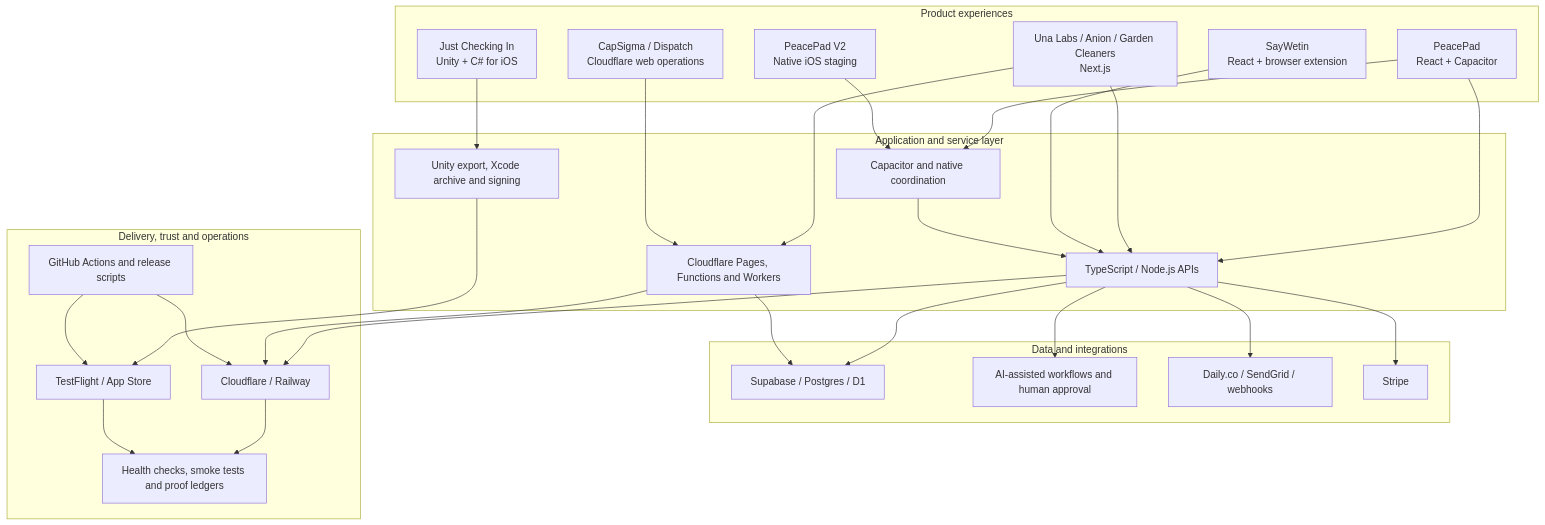
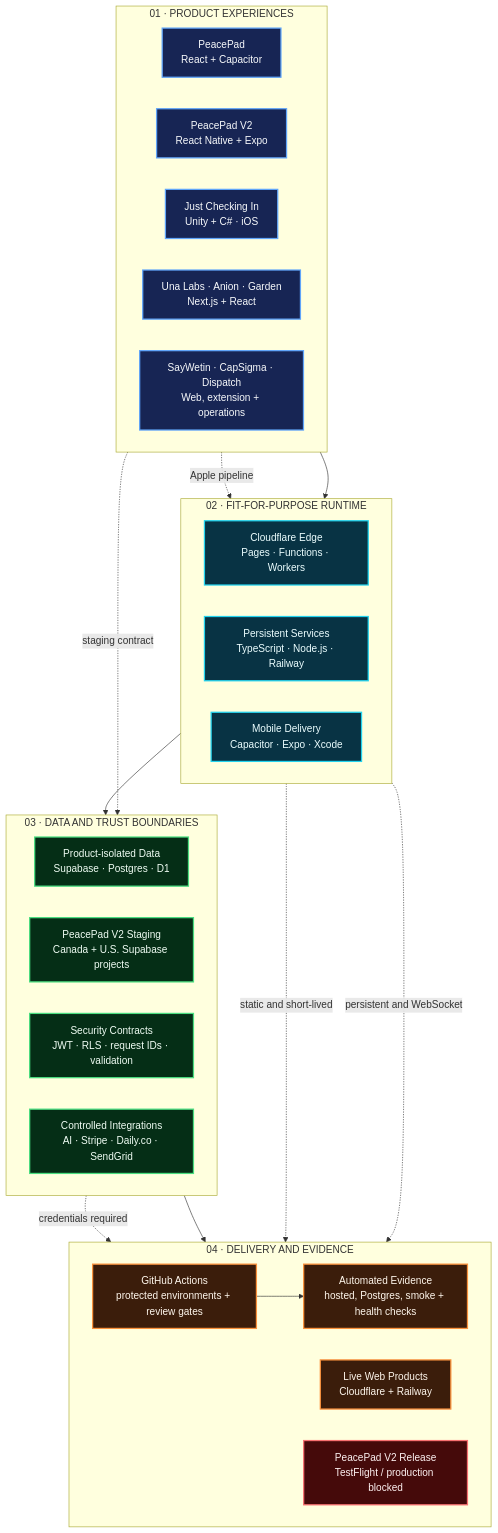
One commit to fefejiro/fefejiro changed the diagram in README.md. Above: the diagram before and after it, drawn with Mermaid. The commit also changed other lines of this file, not shown here.

Commit message:
refine FTC architecture and tech stack (#2)

````diff
--- a/README.md
+++ b/README.md
@@ -63,56 +63,57 @@
 ```mermaid
 flowchart TB
-    subgraph Experiences["Product experiences"]
-        PP["PeacePad<br/>React + Capacitor"]
-        PP2["PeacePad V2<br/>Native iOS staging"]
-        JCI["Just Checking In<br/>Unity + C# for iOS"]
-        UL["Una Labs / Anion / Garden Cleaners<br/>Next.js"]
-        SW["SayWetin<br/>React + browser extension"]
-        CS["CapSigma / Dispatch<br/>Cloudflare web operations"]
+    subgraph EXPERIENCE["01 · PRODUCT EXPERIENCES"]
+        direction LR
+        FAMILY["PeacePad<br/>React + Capacitor"]
+        NATIVE["PeacePad V2<br/>React Native + Expo"]
+        GAME["Just Checking In<br/>Unity + C# · iOS"]
+        WEB["Una Labs · Anion · Garden<br/>Next.js + React"]
+        OPS["SayWetin · CapSigma · Dispatch<br/>Web, extension + operations"]
     end
 
-    subgraph Services["Application and service layer"]
-        NODE["TypeScript / Node.js APIs"]
-        EDGE["Cloudflare Pages, Functions and Workers"]
-        MOBILE["Capacitor and native coordination"]
-        APPLE["Unity export, Xcode archive and signing"]
+    subgraph RUNTIME["02 · FIT-FOR-PURPOSE RUNTIME"]
+        direction LR
+        EDGE["Cloudflare Edge<br/>Pages · Functions · Workers"]
+        API["Persistent Services<br/>TypeScript · Node.js · Railway"]
+        MOBILE["Mobile Delivery<br/>Capacitor · Expo · Xcode"]
     end
 
-    subgraph Platform["Data and integrations"]
-        DATA["Supabase / Postgres / D1"]
-        AI["AI-assisted workflows and human approval"]
-        COMMS["Daily.co / SendGrid / webhooks"]
-        PAY["Stripe"]
+    subgraph TRUST["03 · DATA AND TRUST BOUNDARIES"]
+        direction LR
+        DATA["Product-isolated Data<br/>Supabase · Postgres · D1"]
+        REGIONS["PeacePad V2 Staging<br/>Canada + U.S. Supabase projects"]
+        SECURITY["Security Contracts<br/>JWT · RLS · request IDs · validation"]
+        SERVICES["Controlled Integrations<br/>AI · Stripe · Daily.co · SendGrid"]
     end
 
-    subgraph Delivery["Delivery, trust and operations"]
-        CICD["GitHub Actions and release scripts"]
-        HOST["Cloudflare / Railway"]
-        IOS["TestFlight / App Store"]
-        PROOF["Health checks, smoke tests and proof ledgers"]
+    subgraph DELIVERY["04 · DELIVERY AND EVIDENCE"]
+        direction LR
+        CI["GitHub Actions<br/>protected environments + review gates"]
+        PROOF["Automated Evidence<br/>hosted, Postgres, smoke + health checks"]
+        LIVE["Live Web Products<br/>Cloudflare + Railway"]
+        BLOCKED["PeacePad V2 Release<br/>TestFlight / production blocked"]
     end
 
-    PP --> NODE
-    PP --> MOBILE
-    PP2 --> MOBILE
-    JCI --> APPLE
-    UL --> NODE
-    UL --> EDGE
-    SW --> NODE
-    CS --> EDGE
+    EXPERIENCE --> RUNTIME
+    RUNTIME --> TRUST
+    TRUST --> DELIVERY
 
-    NODE --> DATA
-    NODE --> AI
-    NODE --> COMMS
-    NODE --> PAY
-    EDGE --> DATA
-    MOBILE --> NODE
+    NATIVE -. staging contract .-> REGIONS
+    GAME -. Apple pipeline .-> MOBILE
+    EDGE -. static and short-lived .-> LIVE
+    API -. persistent and WebSocket .-> LIVE
+    REGIONS -. credentials required .-> BLOCKED
+    CI --> PROOF
 
-    NODE --> HOST
-    EDGE --> HOST
-    APPLE --> IOS
-    CICD --> HOST
-    CICD --> IOS
-    HOST --> PROOF
-    IOS --> PROOF
+    classDef product fill:#172554,stroke:#60A5FA,color:#F8FAFC,stroke-width:2px;
+    classDef runtime fill:#083344,stroke:#22D3EE,color:#ECFEFF,stroke-width:2px;
+    classDef trust fill:#052E16,stroke:#4ADE80,color:#F0FDF4,stroke-width:2px;
+    classDef delivery fill:#3B1D0B,stroke:#FB923C,color:#FFF7ED,stroke-width:2px;
+    classDef blocked fill:#450A0A,stroke:#F87171,color:#FEF2F2,stroke-width:2px;
+
+    class FAMILY,NATIVE,GAME,WEB,OPS product;
+    class EDGE,API,MOBILE runtime;
+    class DATA,REGIONS,SECURITY,SERVICES trust;
+    class CI,PROOF,LIVE delivery;
+    class BLOCKED blocked;
 ```
````
